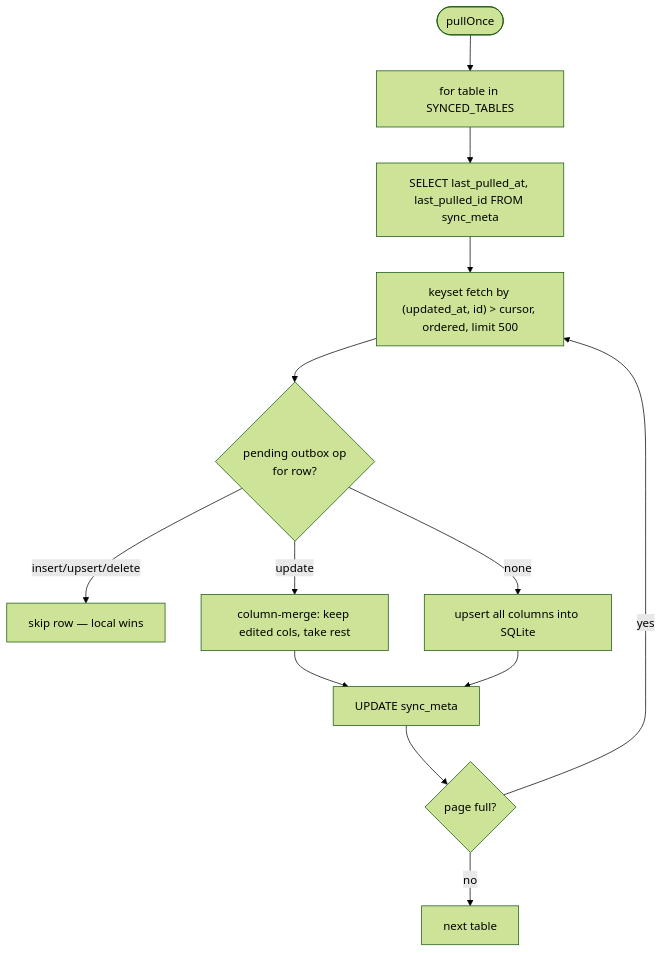
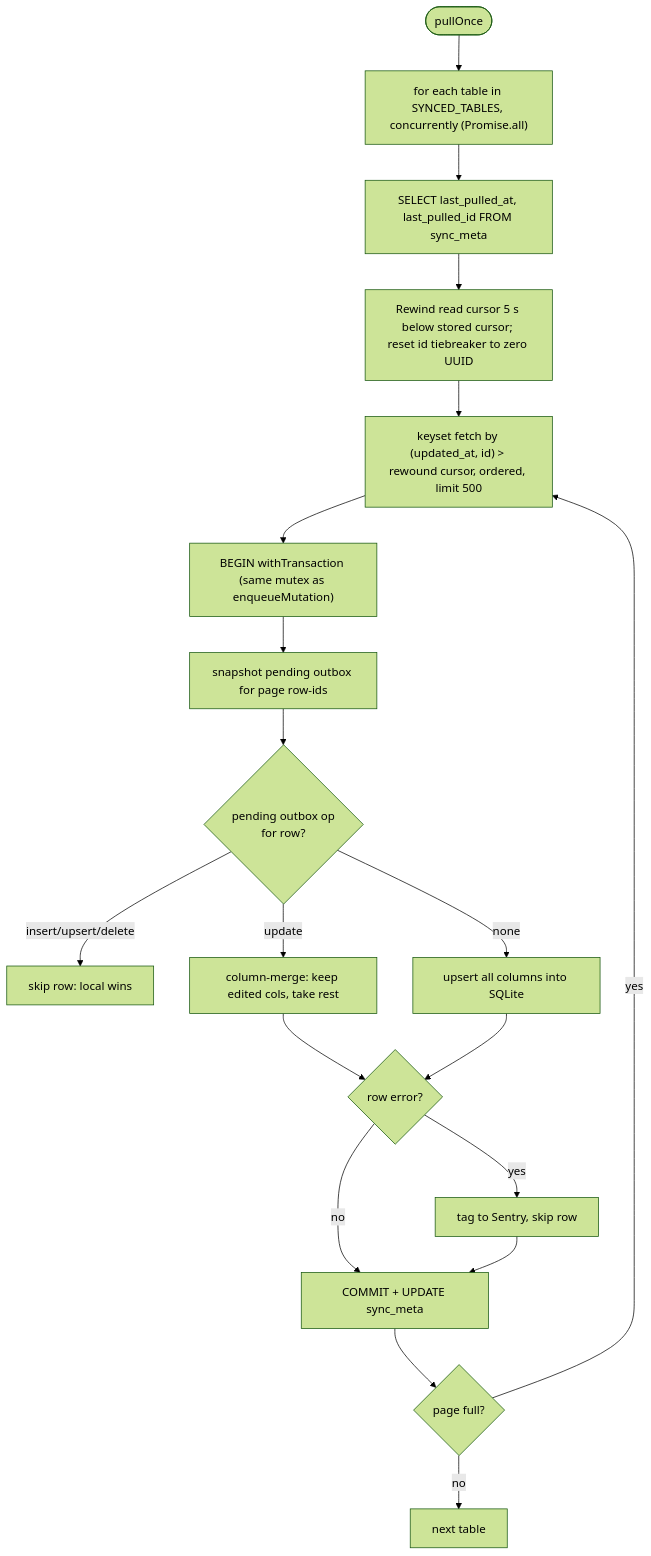
The second of 2 diagrams in docs/local-first-sync.md (Nittuz/vyayamy), drawn with Mermaid (forest theme) before and after one commit. The commit also changed other lines of this file and 21 other files, not shown here.

````diff
--- a/docs/local-first-sync.md
+++ b/docs/local-first-sync.md
@@ -104,15 +110,21 @@
 ```mermaid
 flowchart TD
-  Start([pullOnce]) --> Tables[for table in SYNCED_TABLES]
+  Start([pullOnce]) --> Tables["for each table in SYNCED_TABLES, concurrently (Promise.all)"]
   Tables --> Cursor["SELECT last_pulled_at, last_pulled_id FROM sync_meta"]
-  Cursor --> Fetch["keyset fetch by (updated_at, id) > cursor, ordered, limit 500"]
-  Fetch --> Skip{pending outbox op<br/>for row?}
-  Skip -->|insert/upsert/delete| Continue[skip row — local wins]
+  Cursor --> Rewind["Rewind read cursor 5 s below stored cursor; reset id tiebreaker to zero UUID"]
+  Rewind --> Fetch["keyset fetch by (updated_at, id) > rewound cursor, ordered, limit 500"]
+  Fetch --> Txn["BEGIN withTransaction (same mutex as enqueueMutation)"]
+  Txn --> Snap["snapshot pending outbox for page row-ids"]
+  Snap --> Skip{pending outbox op<br/>for row?}
+  Skip -->|insert/upsert/delete| Continue[skip row: local wins]
   Skip -->|update| Merge[column-merge: keep edited cols, take rest]
   Skip -->|none| Upsert[upsert all columns into SQLite]
-  Merge --> Advance
-  Upsert --> Advance[UPDATE sync_meta]
+  Merge --> RowErr{row error?}
+  Upsert --> RowErr
+  RowErr -->|yes| Sentry[tag to Sentry, skip row]
+  RowErr -->|no| Advance
+  Sentry --> Advance[COMMIT + UPDATE sync_meta]
   Advance --> More{page full?}
   More -->|yes| Fetch
   More -->|no| Next[next table]
 ```
````
